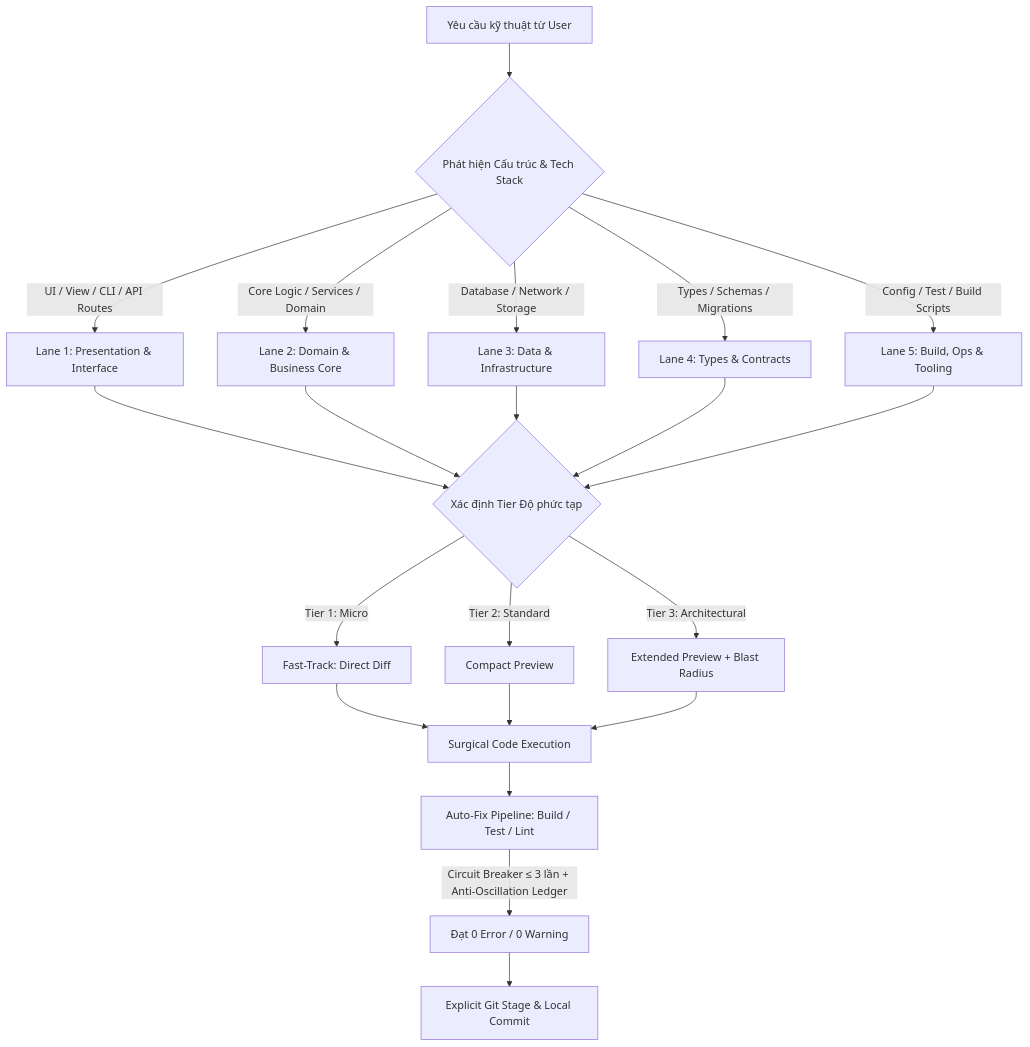
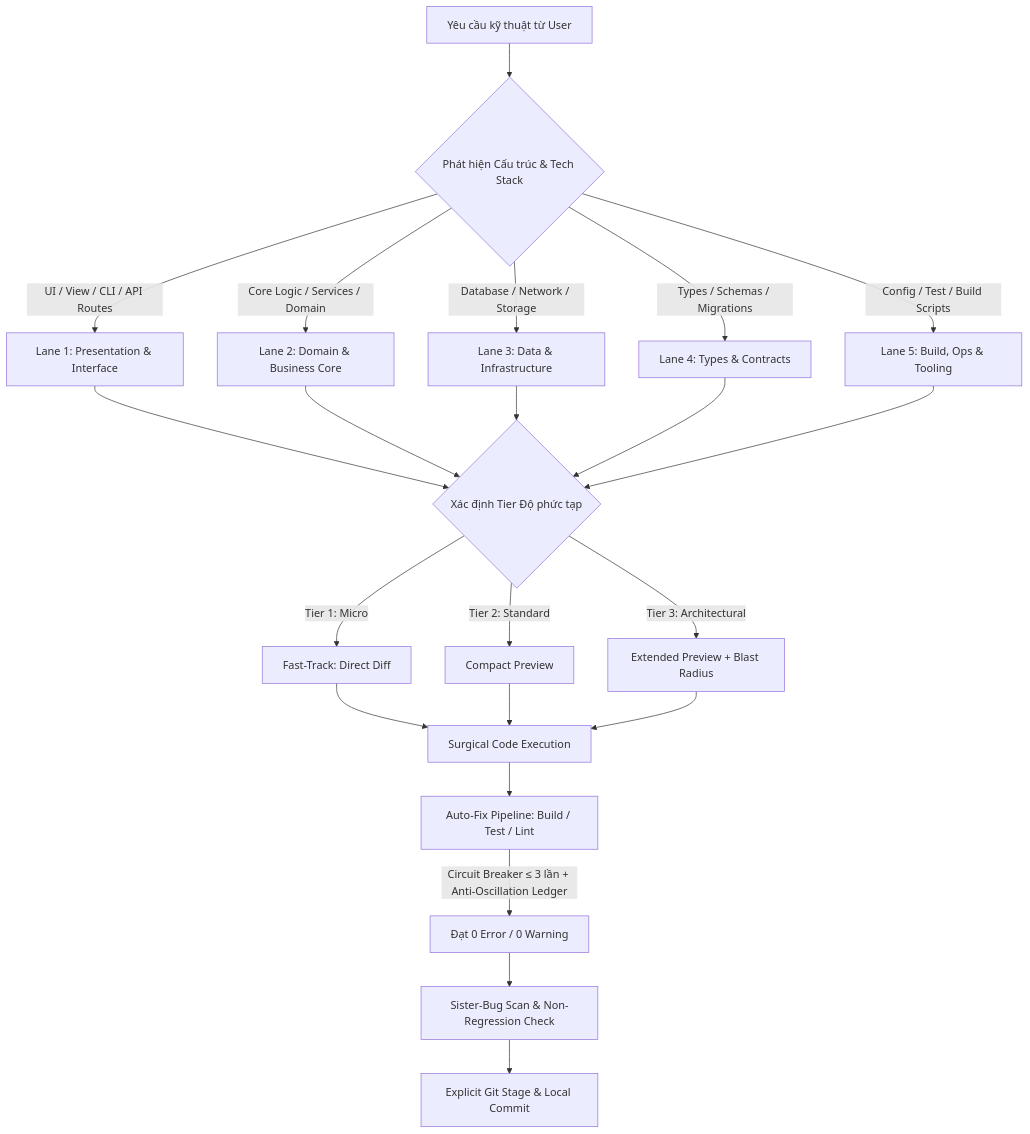
Before and after one commit to ghostminhtoan/teamwork-preview-protocol-GMTPC: the third of 3 diagrams in SKILL.md, drawn with Mermaid. The commit also changed other lines of this file and 1 other file, not shown here.

Commit message:
feat(skill): integrate claude-level hypothesis debugging, sister-bug scan, atomic resilience and context budgeting

````diff
--- a/SKILL.md
+++ b/SKILL.md
@@ -156,19 +164,20 @@
 ```mermaid
 graph TD
     A[Yêu cầu kỹ thuật từ User] --> B{Phát hiện Cấu trúc & Tech Stack}
     B -->|UI / View / CLI / API Routes| C[Lane 1: Presentation & Interface]
     B -->|Core Logic / Services / Domain| D[Lane 2: Domain & Business Core]
     B -->|Database / Network / Storage| E[Lane 3: Data & Infrastructure]
     B -->|Types / Schemas / Migrations| F[Lane 4: Types & Contracts]
     B -->|Config / Test / Build Scripts| G[Lane 5: Build, Ops & Tooling]
     
     C & D & E & F & G --> H{Xác định Tier Độ phức tạp}
     H -->|Tier 1: Micro| I[Fast-Track: Direct Diff]
     H -->|Tier 2: Standard| J[Compact Preview]
     H -->|Tier 3: Architectural| K[Extended Preview + Blast Radius]
     
     I & J & K --> L[Surgical Code Execution]
     L --> M[Auto-Fix Pipeline: Build / Test / Lint]
     M -->|Circuit Breaker ≤ 3 lần + Anti-Oscillation Ledger| N[Đạt 0 Error / 0 Warning]
-    N --> O[Explicit Git Stage & Local Commit]
+    N --> O[Sister-Bug Scan & Non-Regression Check]
+    O --> P[Explicit Git Stage & Local Commit]
 ```
````
